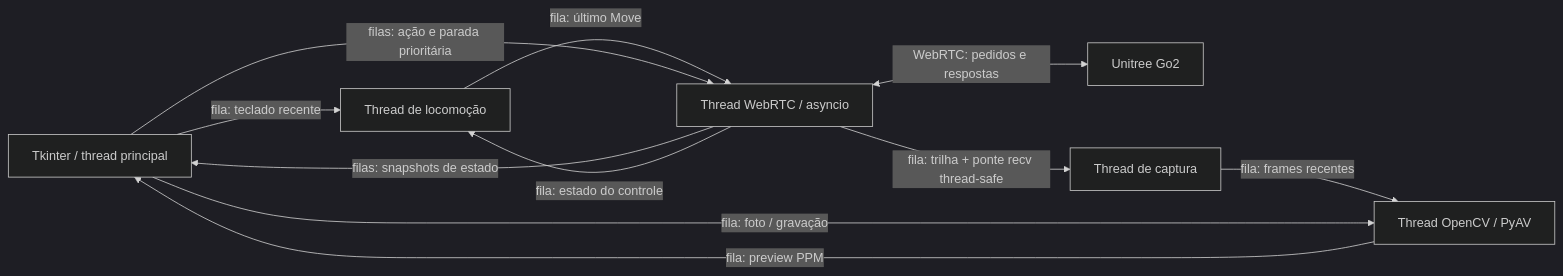
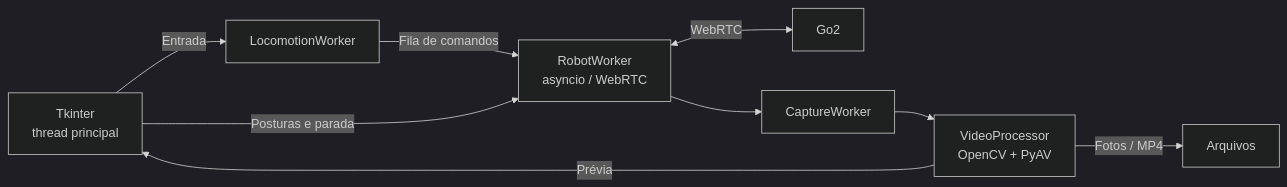
Before and after one commit to Nous-Ecossistema/observatorio-unitree-go2-setup: the second of 2 diagrams in README.md, drawn with Mermaid (dark theme). The commit also changed other lines of this file and 24 other files, not shown here.

````diff
--- a/README.md
+++ b/README.md
@@ -244,13 +427,11 @@
 ```mermaid
 flowchart LR
-    GUI["Tkinter / thread principal"] -->|"fila: teclado recente"| Commands["Thread de locomoção"]
-    Commands -->|"fila: último Move"| RTC["Thread WebRTC / asyncio"]
-    GUI -->|"filas: ação e parada prioritária"| RTC
-    RTC <-->|"WebRTC: pedidos e respostas"| Robot["Unitree Go2"]
-    RTC -->|"fila: trilha + ponte recv thread-safe"| Capture["Thread de captura"]
-    Capture -->|"fila: frames recentes"| Video["Thread OpenCV / PyAV"]
-    GUI -->|"fila: foto / gravação"| Video
-    Video -->|"fila: preview PPM"| GUI
-    RTC -->|"filas: snapshots de estado"| GUI
-    RTC -->|"fila: estado do controle"| Commands
+    GUI["Tkinter<br/>thread principal"] -->|"Entrada"| Controle["LocomotionWorker"]
+    Controle -->|"Fila de comandos"| RTC["RobotWorker<br/>asyncio / WebRTC"]
+    GUI -->|"Posturas e parada"| RTC
+    RTC <-->|"WebRTC"| Go2["Go2"]
+    RTC --> Captura["CaptureWorker"]
+    Captura --> Video["VideoProcessor<br/>OpenCV + PyAV"]
+    Video -->|"Prévia"| GUI
+    Video -->|"Fotos / MP4"| Disco["Arquivos"]
 ```
````
